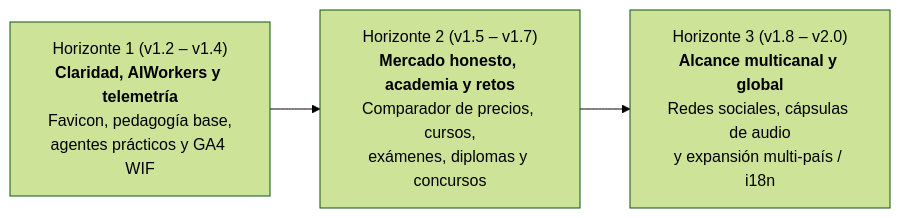
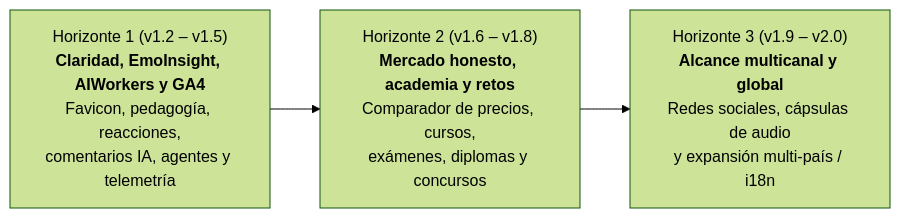
The diagram in docs/roadmap.md (aievolutio-com/aievolutio.com), drawn with Mermaid (forest theme) before and after one commit. The commit also changed other lines of this file and 2 other files, not shown here.

Commit message:
docs(roadmap): priorizar v1.3.0 con EmoInsight, valoraciones e hilos de comentarios con IA

````diff
--- a/docs/roadmap.md
+++ b/docs/roadmap.md
@@ -37,8 +37,8 @@
 ```mermaid
 flowchart LR
-  H1["Horizonte 1 (v1.2 – v1.4)<br><b>Claridad, AIWorkers y telemetría</b><br>Favicon, pedagogía base,<br>agentes prácticos y GA4 WIF"]
-  H2["Horizonte 2 (v1.5 – v1.7)<br><b>Mercado honesto, academia y retos</b><br>Comparador de precios, cursos,<br>exámenes, diplomas y concursos"]
-  H3["Horizonte 3 (v1.8 – v2.0)<br><b>Alcance multicanal y global</b><br>Redes sociales, cápsulas de audio<br>y expansión multi-país / i18n"]
+  H1["Horizonte 1 (v1.2 – v1.5)<br><b>Claridad, EmoInsight, AIWorkers y GA4</b><br>Favicon, pedagogía, reacciones,<br>comentarios IA, agentes y telemetría"]
+  H2["Horizonte 2 (v1.6 – v1.8)<br><b>Mercado honesto, academia y retos</b><br>Comparador de precios, cursos,<br>exámenes, diplomas y concursos"]
+  H3["Horizonte 3 (v1.9 – v2.0)<br><b>Alcance multicanal y global</b><br>Redes sociales, cápsulas de audio<br>y expansión multi-país / i18n"]
 
   H1 --> H2 --> H3
 ```
````
